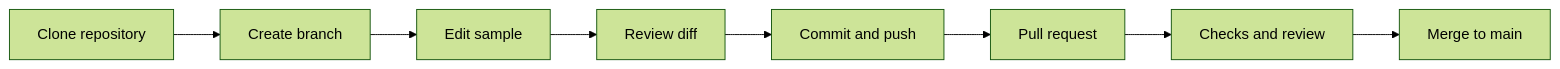
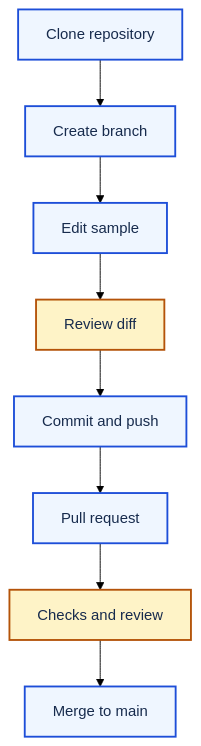
One commit to Acestus/portfolio changed the diagram in site/content/docs/video-github-desktop-infrastructure.md. Above: the diagram before and after it, drawn with Mermaid (forest theme). The commit also changed 20 other files, not shown here.

Commit message:
Apply Mermaid and Pele style to video guides (#58)

````diff
--- a/site/content/docs/video-github-desktop-infrastructure.md
+++ b/site/content/docs/video-github-desktop-infrastructure.md
@@ -27,10 +27,16 @@
 ```mermaid
-flowchart LR
+flowchart TD
+  accTitle: A beginner's GitHub Desktop workflow for infrastructure projects
   C[Clone repository] --> B[Create branch]
   B --> E[Edit sample]
   E --> D[Review diff]
   D --> M[Commit and push]
   M --> P[Pull request]
   P --> V[Checks and review]
   V --> R[Merge to main]
+
+  classDef primary fill:#EFF6FF,stroke:#1D4ED8,color:#172B4D,stroke-width:2px
+  classDef secondary fill:#FEF3C7,stroke:#B45309,color:#172B4D,stroke-width:2px
+  class C,B,E,M,P,R primary
+  class D,V secondary
 ```
````
